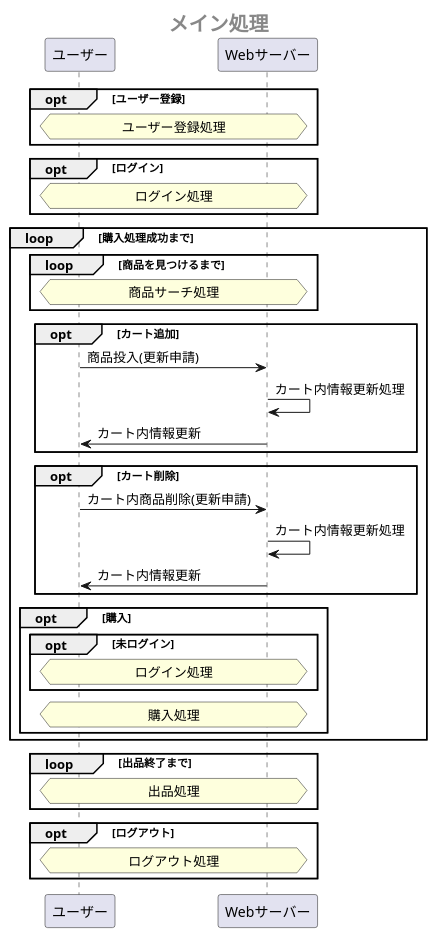
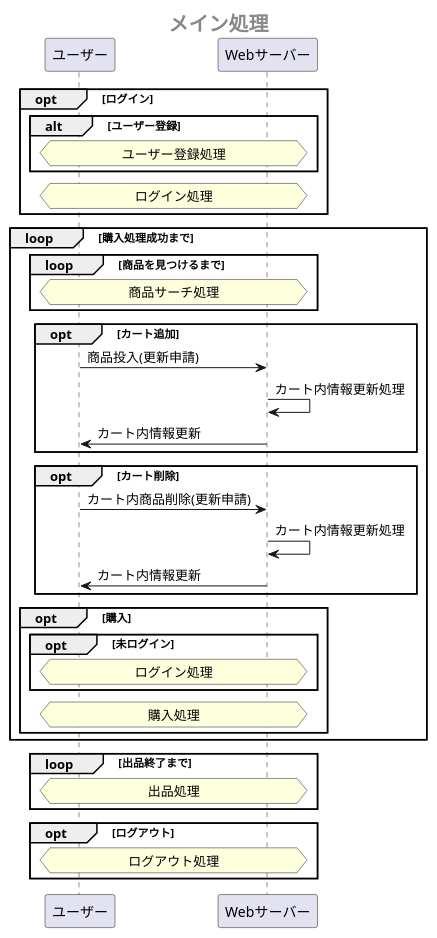
One commit to Aso2001147/system3 changed the first of 7 diagrams in 業務フロー図.md. Above: the diagram before and after it, drawn with PlantUML.

````diff
--- a/業務フロー図.md
+++ b/業務フロー図.md
@@ -1,44 +1,45 @@
 ```uml 
 @startuml 
  center header <size:20><b>メイン処理</b></size>
- opt ユーザー登録
+
+ opt ログイン
+  alt ユーザー登録
   hnote across: ユーザー登録処理
- end
- opt ログイン
+  end
   hnote across: ログイン処理
  end
 
  loop 購入処理成功まで
   loop 商品を見つけるまで
    hnote across: 商品サーチ処理
   end
 
   opt カート追加
    ユーザー -> Webサーバー:商品投入(更新申請)
    Webサーバー -> Webサーバー:カート内情報更新処理
    Webサーバー ->ユーザー:カート内情報更新
   end
   opt カート削除
    ユーザー -> Webサーバー:カート内商品削除(更新申請)
    Webサーバー -> Webサーバー:カート内情報更新処理
    Webサーバー ->ユーザー:カート内情報更新
   end
 
   opt 購入
    opt 未ログイン
      hnote across: ログイン処理
    end
    hnote across: 購入処理
   end
 
  end
  
  loop 出品終了まで
   hnote across: 出品処理
  end
 
  opt ログアウト
   hnote across: ログアウト処理
  end
 @enduml
 ```
````
